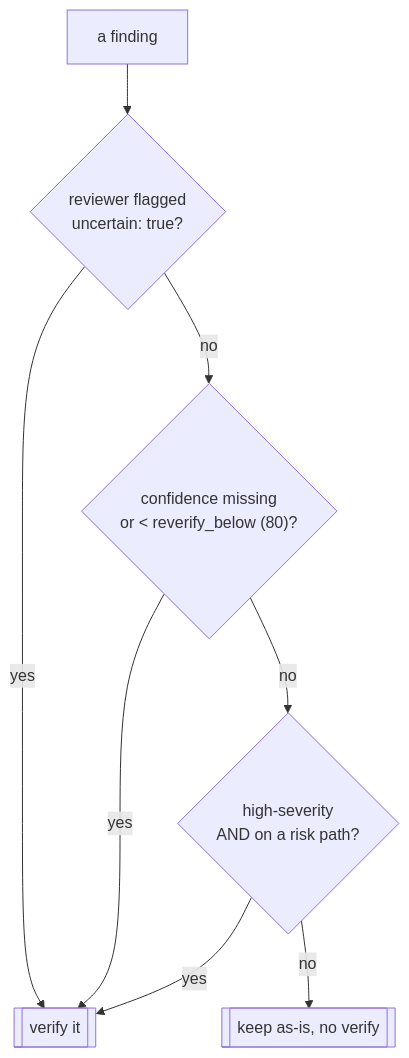
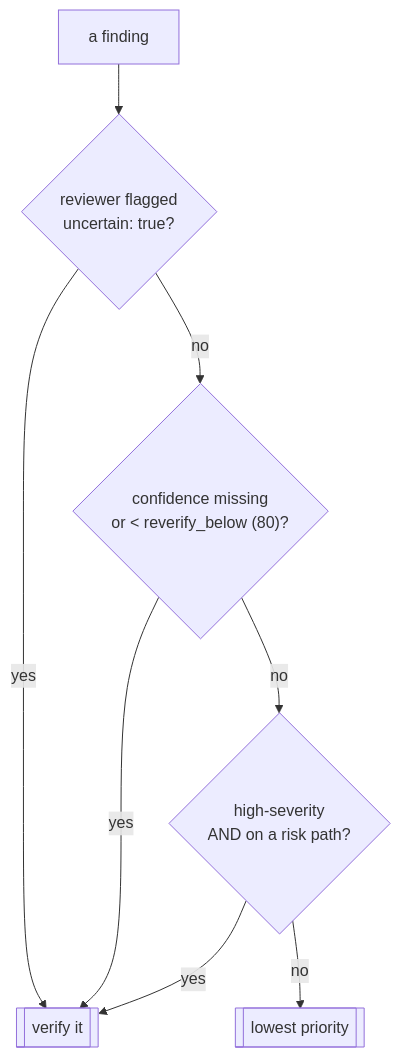
Before and after one commit to Tahmid12Khan/agentic-workflows: the sixth of 8 diagrams in docs/ARCHITECTURE.md, drawn with Mermaid. The commit also changed other lines of this file and 3 other files, not shown here.

````diff
--- a/docs/ARCHITECTURE.md
+++ b/docs/ARCHITECTURE.md
@@ -229,10 +235,10 @@
 ```mermaid
 flowchart TD
   F["a finding"] --> U{"reviewer flagged<br/>uncertain: true?"}
   U -->|yes| V[[verify it]]
   U -->|no| C{"confidence missing<br/>or < reverify_below (80)?"}
   C -->|yes| V
   C -->|no| HOT{"high-severity<br/>AND on a risk path?"}
   HOT -->|yes| V
-  HOT -->|no| K[[keep as-is, no verify]]
+  HOT -->|no| K[[lowest priority]]
 ```
````
